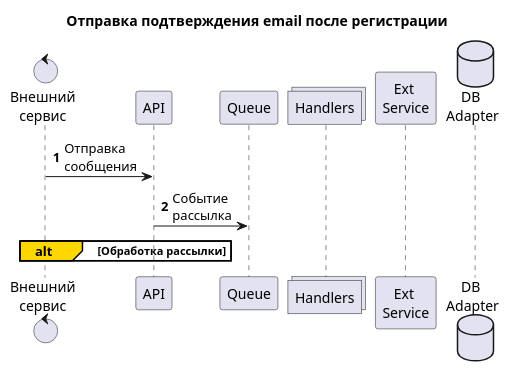
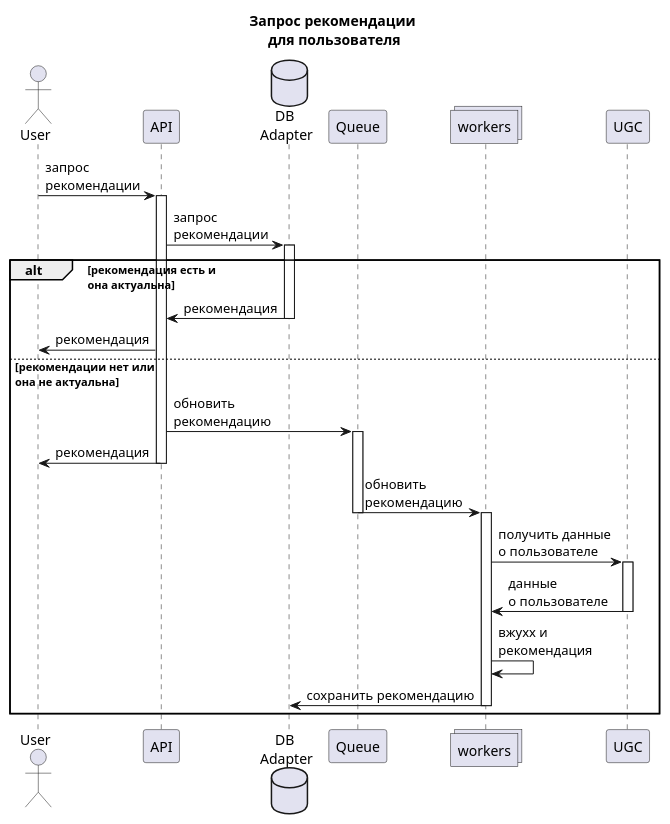
One commit to konstantinGlonin/graduate_work changed the diagram in docs/arch/case_1.puml. Above: the diagram before and after it, drawn with PlantUML.

Commit message:
добавлена диаграмма последовательности для описания основного кейса второй кейс выглядит примено так же

```diff
--- a/docs/arch/case_1.puml
+++ b/docs/arch/case_1.puml
@@ -1,22 +1,30 @@
 @startuml
 'https://plantuml.com/sequence-diagram
 
-autonumber
-title Отправка подтверждения email после регистрации
-control "Внешний\nсервис" as ext_service
+title Запрос рекомендации \nдля пользователя
+actor User as user
+participant API as api
 
-participant API as API
-participant Queue as Queue
-collections Handlers as handler
-participant "Ext \nService" as ext_api
 database "DB \nAdapter" as db
+participant Queue as queue
+collections workers as handler
+participant "UGC" as ext_api
 
-ext_service -> API: Отправка \nсообщения
-API -> Queue: Событие\nрассылка
+user -> api++: запрос\nрекомендации
+api -> db++: запрос\nрекомендации
 
-alt#Gold Обработка рассылки
+alt рекомендация есть и\nона актуальна
+    api <- db--: рекомендация
+user <- api: рекомендация
+else рекомендации нет или\nона не актуальна
+    api -> queue++: обновить\nрекомендацию
+    user <- api--: рекомендация
 
+    queue -> handler--++: обновить\nрекомендацию
+    handler -> ext_api++: получить данные\nо пользователе
+    handler <- ext_api--: данные\nо пользователе
+    handler -> handler: вжухх и\nрекомендация
+    handler -> db--: сохранить рекомендацию
 end
 
-
 @enduml
```
